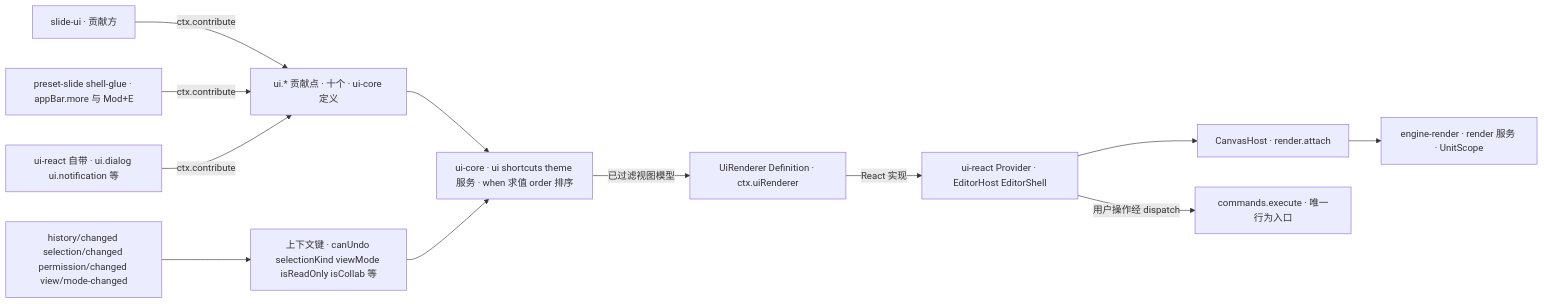
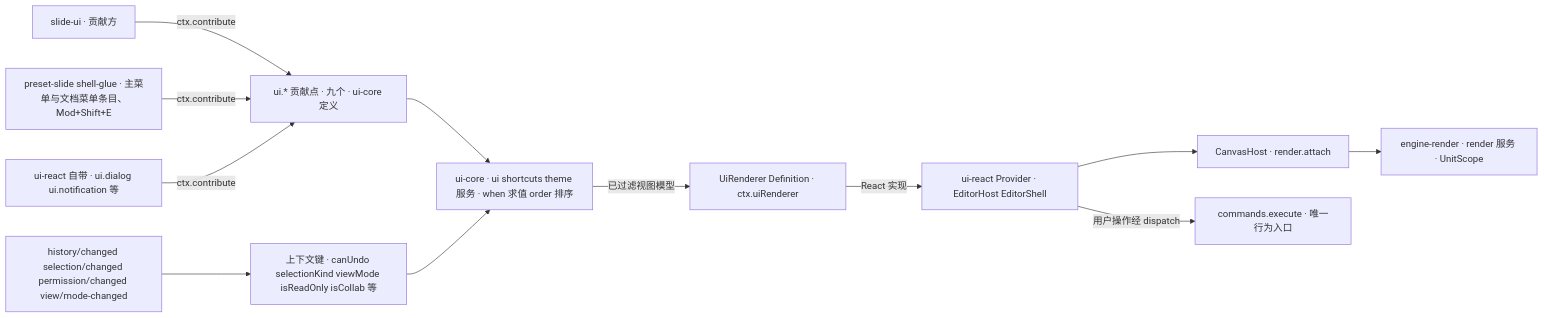
Before and after one commit to Xeonice/cordis-ppt-editor: diagram 16 of 36 in docs/40-modules/18-atlas-system-and-frontend.md, drawn with Mermaid. The commit also changed other lines of this file and 43 other files, not shown here.

````diff
--- a/docs/40-modules/18-atlas-system-and-frontend.md
+++ b/docs/40-modules/18-atlas-system-and-frontend.md
@@ -574,26 +574,26 @@
 ```mermaid
 flowchart LR
   slideUi["slide-ui · 贡献方"]
-  shellGlue["preset-slide shell-glue · appBar.more 与 Mod+E"]
+  shellGlue["preset-slide shell-glue · 主菜单与文档菜单条目、Mod+Shift+E"]
   uiReactContrib["ui-react 自带 · ui.dialog ui.notification 等"]
-  uiPoints["ui.* 贡献点 · 十个 · ui-core 定义"]
+  uiPoints["ui.* 贡献点 · 九个 · ui-core 定义"]
   srcEvents["history/changed selection/changed permission/changed view/mode-changed"]
   ctxKeys["上下文键 · canUndo selectionKind viewMode isReadOnly isCollab 等"]
   uiSvc["ui-core · ui shortcuts theme 服务 · when 求值 order 排序"]
   uiRenderer["UiRenderer Definition · ctx.uiRenderer"]
   uiReact["ui-react Provider · EditorHost EditorShell"]
   canvasHost["CanvasHost · render.attach"]
   renderSvc["engine-render · render 服务 · UnitScope"]
   commandsSvc["commands.execute · 唯一行为入口"]
   slideUi -- "ctx.contribute" --> uiPoints
   shellGlue -- "ctx.contribute" --> uiPoints
   uiReactContrib -- "ctx.contribute" --> uiPoints
   srcEvents --> ctxKeys
   uiPoints --> uiSvc
   ctxKeys --> uiSvc
   uiSvc -- "已过滤视图模型" --> uiRenderer
   uiRenderer -- "React 实现" --> uiReact
   uiReact --> canvasHost
   canvasHost --> renderSvc
   uiReact -- "用户操作经 dispatch" --> commandsSvc
 ```
````
